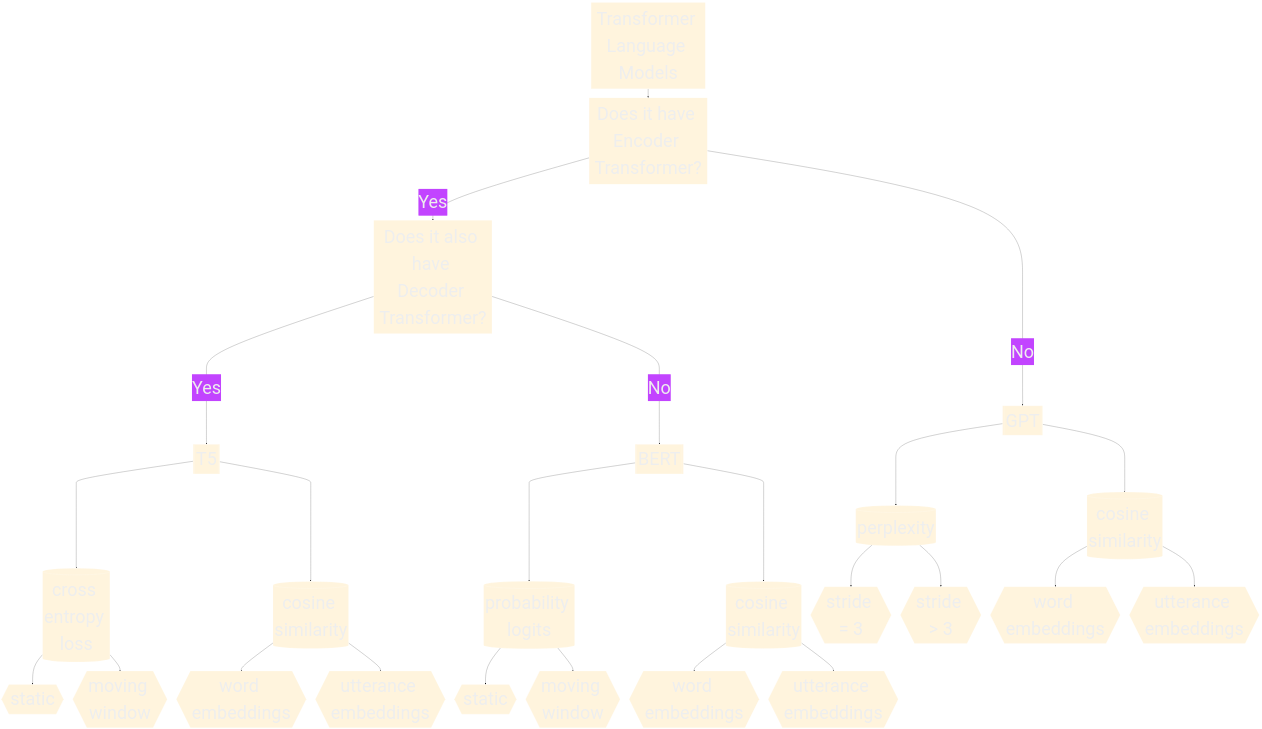
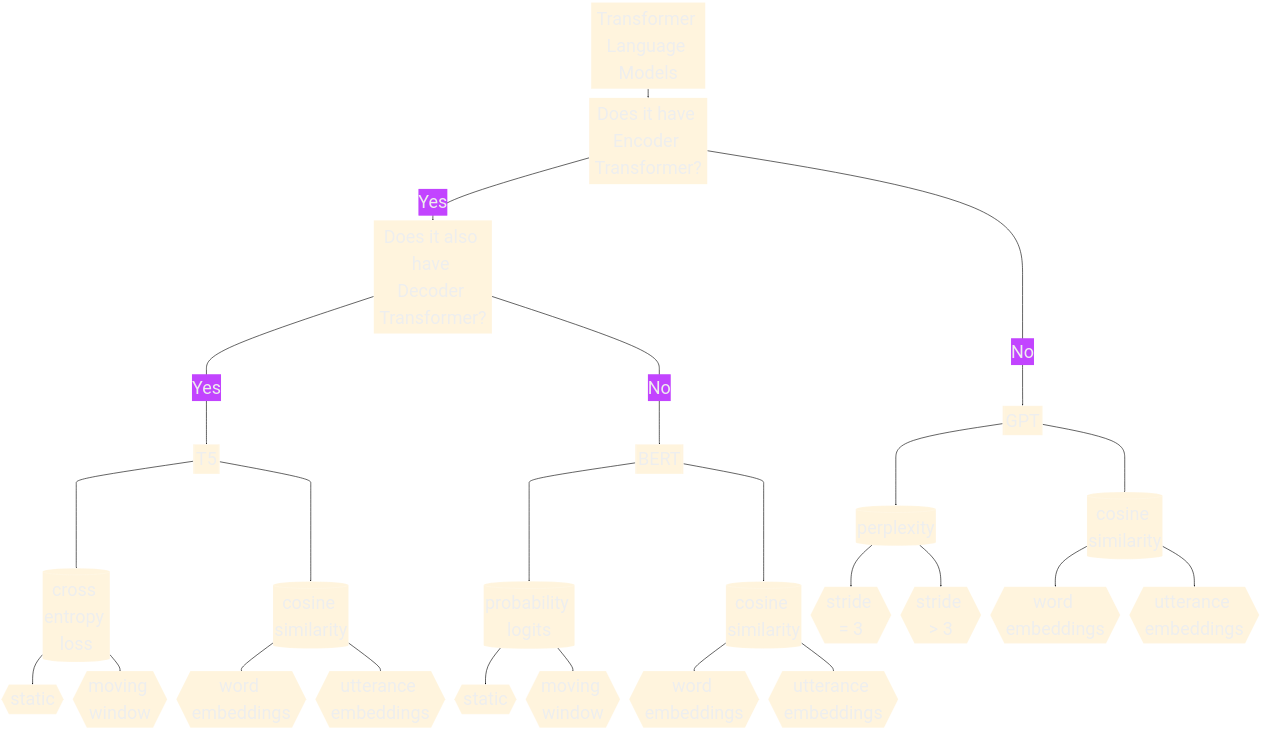
Before and after one commit to yancong222/SSD-LM-STanglab: the diagram in README.md, drawn with Mermaid.

````diff
--- a/README.md
+++ b/README.md
@@ -4,30 +4,30 @@
 ```mermaid
 %%{init: {'theme': 'base', 'themeVariables': { 'darkMode': 'true', 'fontSize': '100px', 'primaryTextColor': '#ddd/#333'}}}%%
 flowchart TD
-    A[Transformer Language Models] --> B[Does it have Encoder Transformer?]
-    B -- Yes --> C[Does it also have Decoder Transformer?]
-    C -- Yes ----> D[[T5]] ----> G[(cross entropy loss)]
-    G --> J{{static}}
-    G --> K{{moving window}}
-    D ----> P[(cosine similarity)]
-    P --> Q{{word embeddings}}
-    P --> R{{utterance embeddings}}
-    C -- No ----> E[[BERT]] ----> H[(probability logits)]
-    H --> L{{static}}
-    H --> M{{moving window}}
-    E ----> S[(cosine similarity)]
-    S --> T{{word embeddings}}
-    S --> U{{utterance embeddings}}
-    B -- No ----> F[[GPT]] ----> I[(perplexity)]
-    I --> N{{stride = 3}}
-    I --> O{{stride > 3}}
-    F ----> V[(cosine similarity)]
-    V --> W{{word embeddings}}
-    V --> X{{utterance embeddings}}
+    A[Transformer Language Models] ==> B[Does it have Encoder Transformer?]
+    B == Yes ==> C[Does it also have Decoder Transformer?]
+    C == Yes ====> D[[T5]] ====> G[(cross entropy loss)]
+    G ==> J{{static}}
+    G ==> K{{moving window}}
+    D ====> P[(cosine similarity)]
+    P ==> Q{{word embeddings}}
+    P ==> R{{utterance embeddings}}
+    C == No ====> E[[BERT]] ====> H[(probability logits)]
+    H ==> L{{static}}
+    H ==> M{{moving window}}
+    E ====> S[(cosine similarity)]
+    S ==> T{{word embeddings}}
+    S ==> U{{utterance embeddings}}
+    B == No ====> F[[GPT]] ====> I[(perplexity)]
+    I ==> N{{stride = 3}}
+    I ==> O{{stride > 3}}
+    F ====> V[(cosine similarity)]
+    V ==> W{{word embeddings}}
+    V ==> X{{utterance embeddings}}
     click A "https://github.com/yancong222/scriptscz/blob/main/perplexity/ed_perplexity.py" _blank
     click B "http://www.github.com" "Open this in a new tab" _blank
     click C href "http://www.github.com" _blank
     click D href "http://www.github.com" "Open this in a new tab" _blank
     
 classDef className fill:#f9f,stroke:#333,stroke-width:4px
 ```
````
